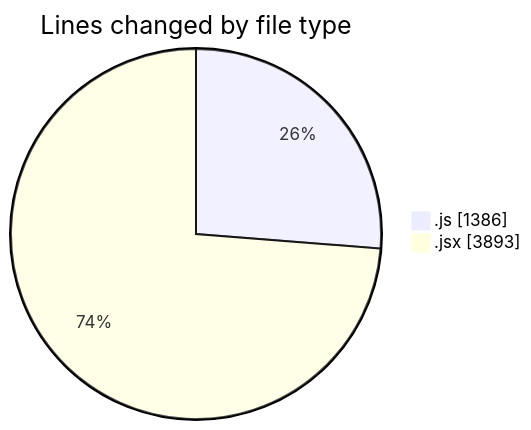
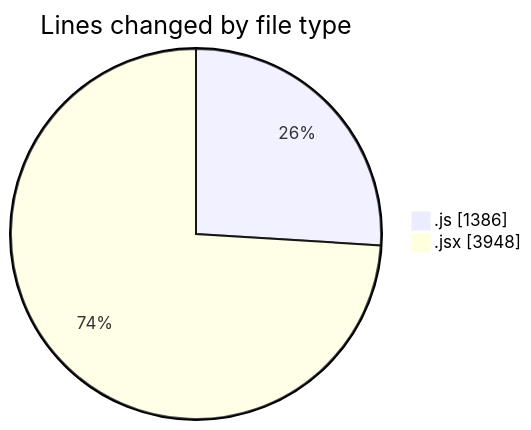
One commit to nxtqubesakshisongat/code-tracking changed the first of 2 diagrams in 2026-01-19/nxtqube_webapp/README.md. Above: the diagram before and after it, drawn with Mermaid. The commit also changed other lines of this file and 1 other file, not shown here.

````diff
--- a/2026-01-19/nxtqube_webapp/README.md
+++ b/2026-01-19/nxtqube_webapp/README.md
@@ -28,6 +28,6 @@
 ```mermaid
 pie showData
 title Lines changed by file type
 ".js" : 1386
-".jsx" : 3893
+".jsx" : 3948
 ```
````
